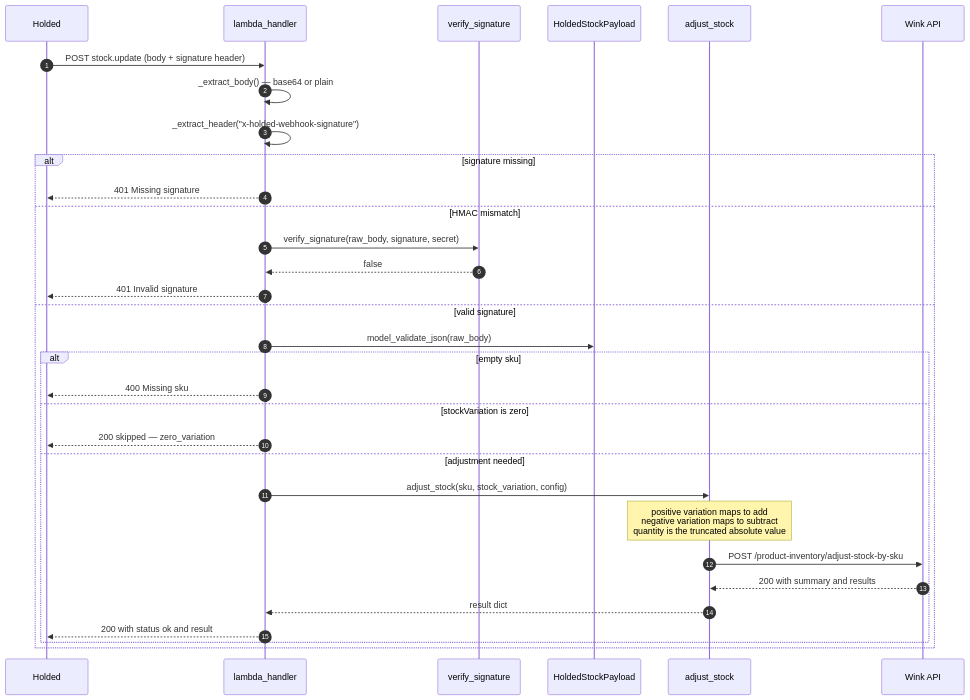
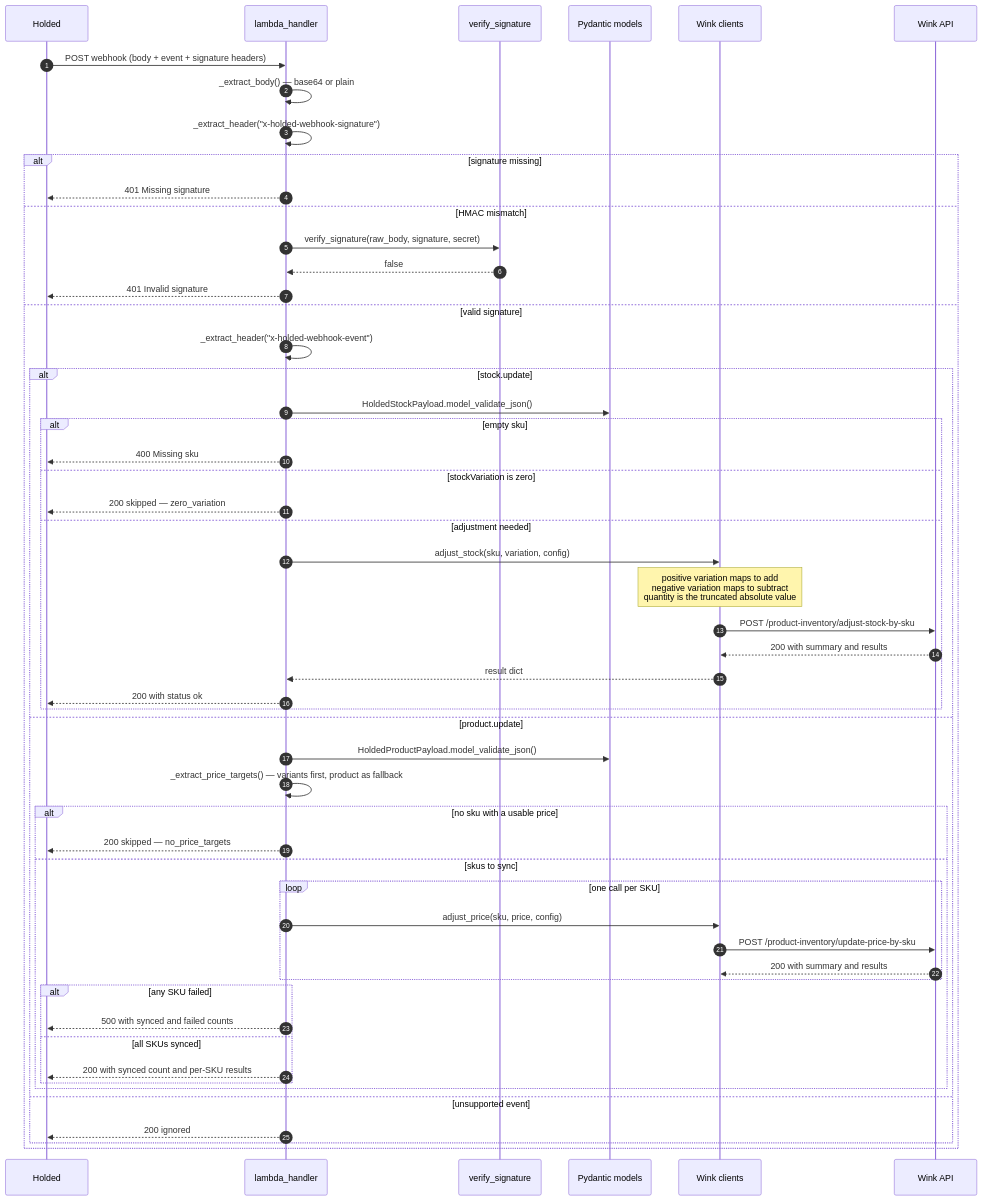
Before and after one commit to danrivsa/santo-suplemento-invetory-sync-webhook: the second of 3 diagrams in README.md, drawn with Mermaid. The commit also changed other lines of this file and 6 other files, not shown here.

First line of the commit message:
Enhance webhook functionality to support product updates and price synchronization

````diff
--- a/README.md
+++ b/README.md
@@ -40,36 +50,59 @@
 ```mermaid
 sequenceDiagram
     autonumber
     participant H as Holded
     participant L as lambda_handler
     participant S as verify_signature
-    participant M as HoldedStockPayload
-    participant W as adjust_stock
+    participant M as Pydantic models
+    participant W as Wink clients
     participant A as Wink API
 
-    H->>L: POST stock.update (body + signature header)
+    H->>L: POST webhook (body + event + signature headers)
     L->>L: _extract_body() — base64 or plain
     L->>L: _extract_header("x-holded-webhook-signature")
 
     alt signature missing
         L-->>H: 401 Missing signature
     else HMAC mismatch
         L->>S: verify_signature(raw_body, signature, secret)
         S-->>L: false
         L-->>H: 401 Invalid signature
     else valid signature
-        L->>M: model_validate_json(raw_body)
-        alt empty sku
-            L-->>H: 400 Missing sku
-        else stockVariation is zero
-            L-->>H: 200 skipped — zero_variation
-        else adjustment needed
-            L->>W: adjust_stock(sku, stock_variation, config)
-            Note over W: positive variation maps to add<br/>negative variation maps to subtract<br/>quantity is the truncated absolute value
-            W->>A: POST /product-inventory/adjust-stock-by-sku
-            A-->>W: 200 with summary and results
-            W-->>L: result dict
-            L-->>H: 200 with status ok and result
+        L->>L: _extract_header("x-holded-webhook-event")
+
+        alt stock.update
+            L->>M: HoldedStockPayload.model_validate_json()
+            alt empty sku
+                L-->>H: 400 Missing sku
+            else stockVariation is zero
+                L-->>H: 200 skipped — zero_variation
+            else adjustment needed
+                L->>W: adjust_stock(sku, variation, config)
+                Note over W: positive variation maps to add<br/>negative variation maps to subtract<br/>quantity is the truncated absolute value
+                W->>A: POST /product-inventory/adjust-stock-by-sku
+                A-->>W: 200 with summary and results
+                W-->>L: result dict
+                L-->>H: 200 with status ok
+            end
+        else product.update
+            L->>M: HoldedProductPayload.model_validate_json()
+            L->>L: _extract_price_targets() — variants first, product as fallback
+            alt no sku with a usable price
+                L-->>H: 200 skipped — no_price_targets
+            else skus to sync
+                loop one call per SKU
+                    L->>W: adjust_price(sku, price, config)
+                    W->>A: POST /product-inventory/update-price-by-sku
+                    A-->>W: 200 with summary and results
+                end
+                alt any SKU failed
+                    L-->>H: 500 with synced and failed counts
+                else all SKUs synced
+                    L-->>H: 200 with synced count and per-SKU results
+                end
+            end
+        else unsupported event
+            L-->>H: 200 ignored
         end
     end
 ```
````
